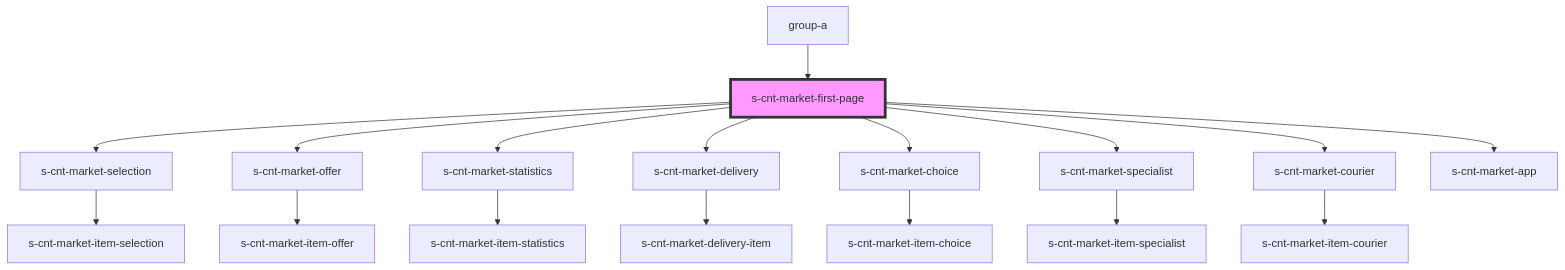
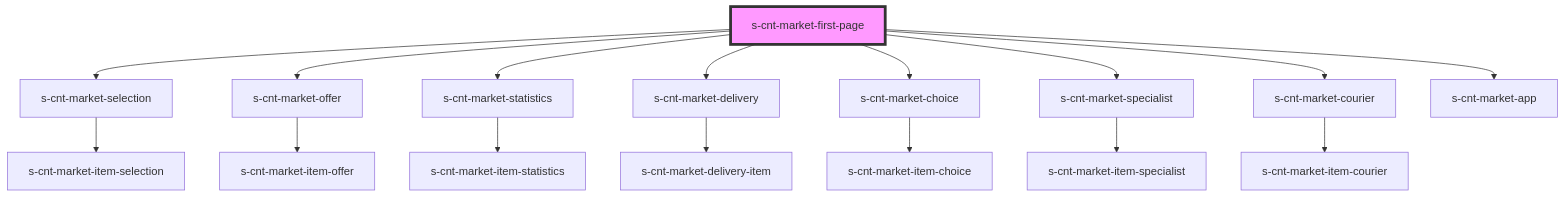
Before and after one commit to saqhan/stencil-market: the diagram in src/components/group-a/res/view/s-cnt-market-first-page/readme.md, drawn with Mermaid. The commit also changed other lines of this file and 25 other files, not shown here.

````diff
--- a/src/components/group-a/res/view/s-cnt-market-first-page/readme.md
+++ b/src/components/group-a/res/view/s-cnt-market-first-page/readme.md
@@ -26,20 +22,19 @@
 ```mermaid
 graph TD;
   s-cnt-market-first-page --> s-cnt-market-selection
   s-cnt-market-first-page --> s-cnt-market-offer
   s-cnt-market-first-page --> s-cnt-market-statistics
   s-cnt-market-first-page --> s-cnt-market-delivery
   s-cnt-market-first-page --> s-cnt-market-choice
   s-cnt-market-first-page --> s-cnt-market-specialist
   s-cnt-market-first-page --> s-cnt-market-courier
   s-cnt-market-first-page --> s-cnt-market-app
   s-cnt-market-selection --> s-cnt-market-item-selection
   s-cnt-market-offer --> s-cnt-market-item-offer
   s-cnt-market-statistics --> s-cnt-market-item-statistics
   s-cnt-market-delivery --> s-cnt-market-delivery-item
   s-cnt-market-choice --> s-cnt-market-item-choice
   s-cnt-market-specialist --> s-cnt-market-item-specialist
   s-cnt-market-courier --> s-cnt-market-item-courier
-  group-a --> s-cnt-market-first-page
   style s-cnt-market-first-page fill:#f9f,stroke:#333,stroke-width:4px
 ```
````
